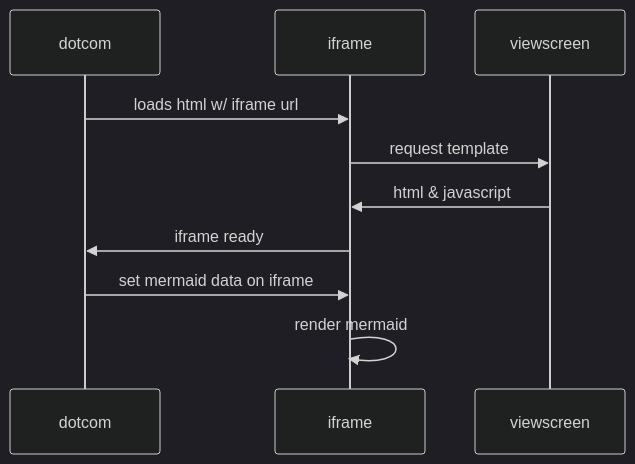
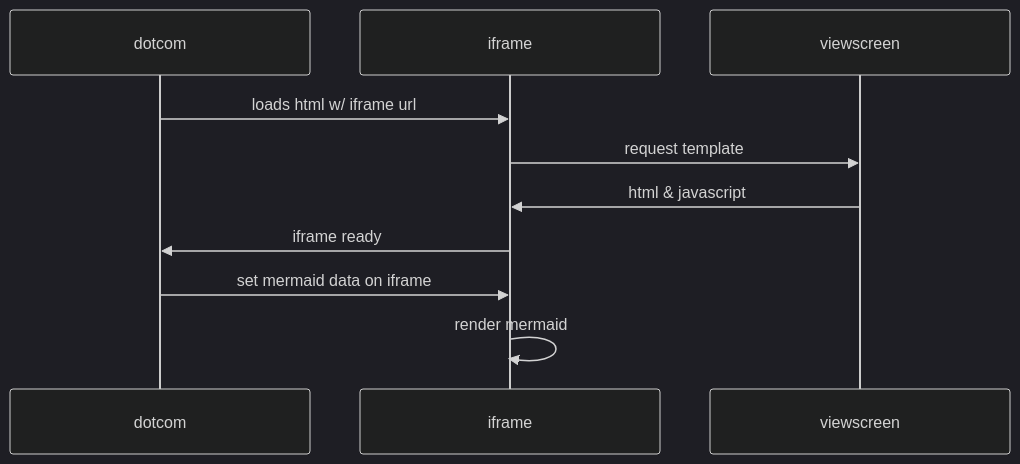
Before and after one commit to VNG-Realisatie/VNG-R-Respec-Template: the second of 7 diagrams in mermaid.md, drawn with Mermaid (dark theme).

````diff
--- a/mermaid.md
+++ b/mermaid.md
@@ -41,13 +41,13 @@
 ```mermaid
-%%{init: {"flowchart": {"useMaxWidth": 100}} }%%
+%%{init: { "sequence": { "width":300 } } }%%
 sequenceDiagram
     participant dotcom
     participant iframe
     participant viewscreen
     dotcom->>iframe: loads html w/ iframe url
     iframe->>viewscreen: request template
     viewscreen->>iframe: html & javascript
     iframe->>dotcom: iframe ready
     dotcom->>iframe: set mermaid data on iframe
     iframe->>iframe: render mermaid
 ```
````
